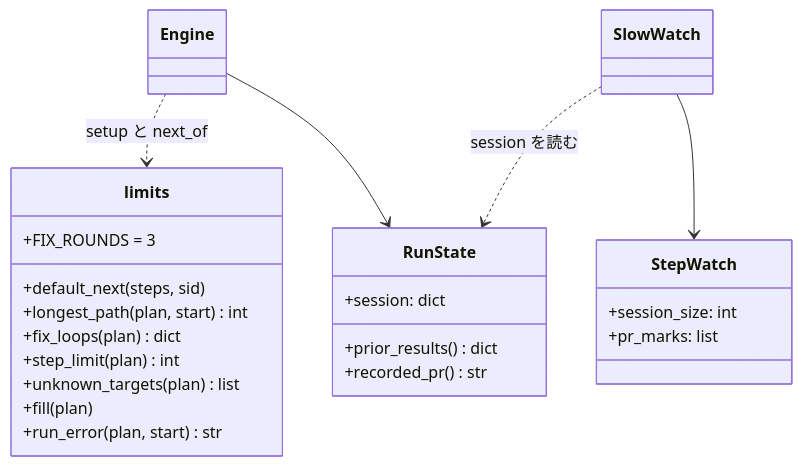
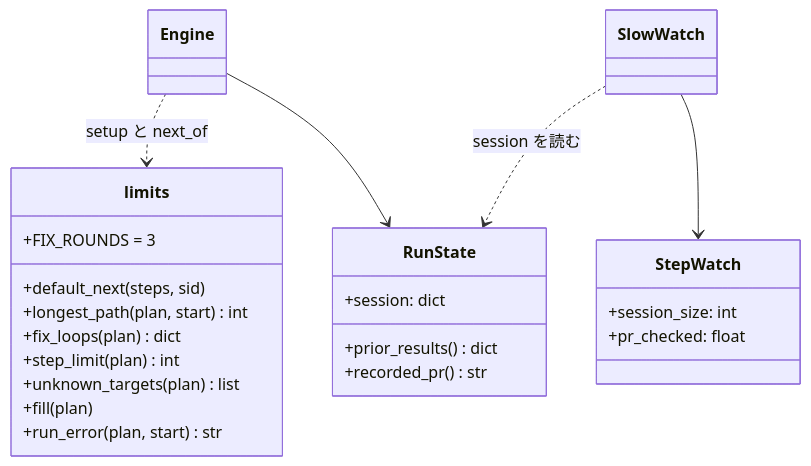
The second of 5 diagrams in issues/issue-1909-design.md (devbasex/ai-plugins), drawn with Mermaid before and after one commit. The commit also changed other lines of this file and 1 other file, not shown here.

````diff
--- a/issues/issue-1909-design.md
+++ b/issues/issue-1909-design.md
@@ -139,26 +141,26 @@
 ```mermaid
 classDiagram
     class limits {
         +FIX_ROUNDS = 3
         +default_next(steps, sid)
         +longest_path(plan, start) int
         +fix_loops(plan) dict
         +step_limit(plan) int
         +unknown_targets(plan) list
         +fill(plan)
         +run_error(plan, start) str
     }
     class RunState {
         +session: dict
         +prior_results() dict
         +recorded_pr() str
     }
     class StepWatch {
         +session_size: int
-        +pr_marks: list
+        +pr_checked: float
     }
     Engine ..> limits: setup と next_of
     Engine --> RunState
     SlowWatch --> StepWatch
     SlowWatch ..> RunState: session を読む
 ```
````
